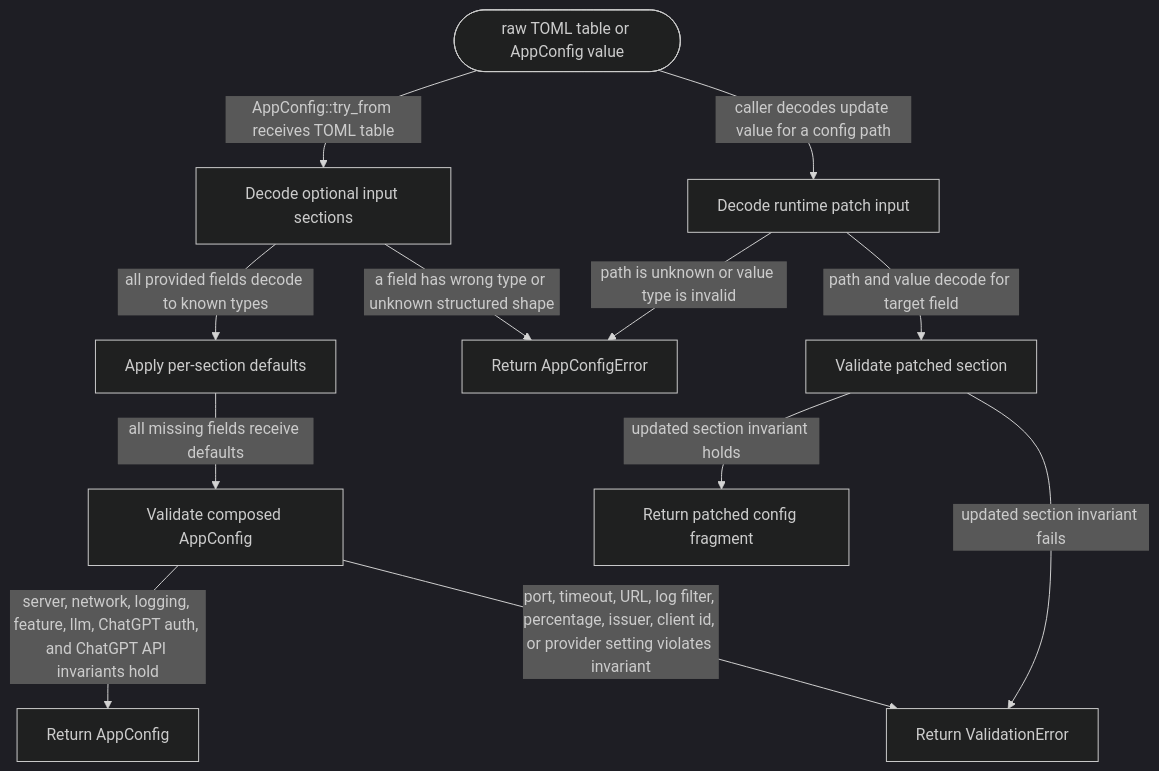
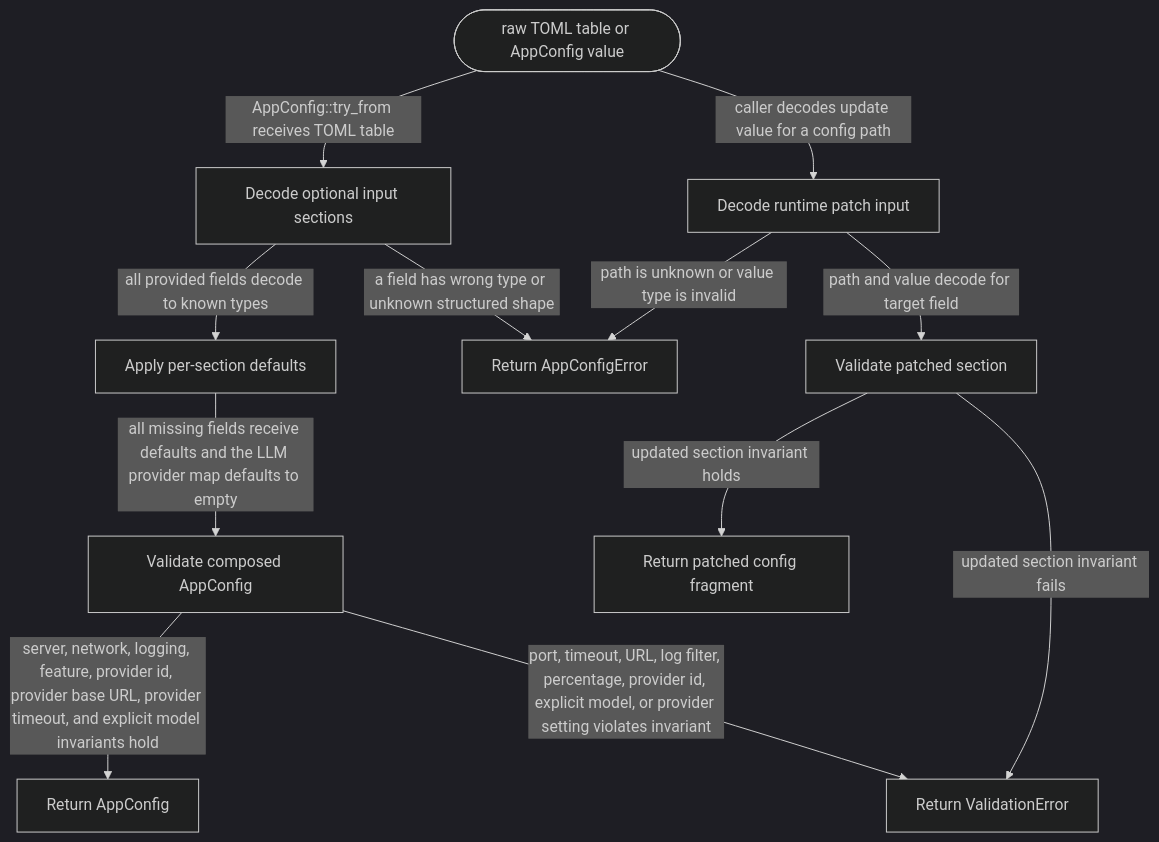
Before and after one commit to JiaJunDeng5930/Selvedge: the diagram in crates/config-model/README.md, drawn with Mermaid (dark theme). The commit also changed 40 other files, not shown here.

Commit message:
feat(model): add multi-provider model configuration

````diff
--- a/crates/config-model/README.md
+++ b/crates/config-model/README.md
@@ -135,25 +135,25 @@
 ```mermaid
 flowchart TD
   Start([raw TOML table or AppConfig value])
   Decode[Decode optional input sections]
   Defaults[Apply per-section defaults]
   Validate[Validate composed AppConfig]
   Ready[Return AppConfig]
   DecodeError[Return AppConfigError]
   ValidationError[Return ValidationError]
   PatchInput[Decode runtime patch input]
   PatchValidate[Validate patched section]
   PatchReady[Return patched config fragment]
 
   Start -->|AppConfig::try_from receives TOML table| Decode
   Decode -->|all provided fields decode to known types| Defaults
   Decode -->|a field has wrong type or unknown structured shape| DecodeError
-  Defaults -->|all missing fields receive defaults| Validate
-  Validate -->|server, network, logging, feature, llm, ChatGPT auth, and ChatGPT API invariants hold| Ready
-  Validate -->|port, timeout, URL, log filter, percentage, issuer, client id, or provider setting violates invariant| ValidationError
+  Defaults -->|all missing fields receive defaults and the LLM provider map defaults to empty| Validate
+  Validate -->|server, network, logging, feature, provider id, provider base URL, provider timeout, and explicit model invariants hold| Ready
+  Validate -->|port, timeout, URL, log filter, percentage, provider id, explicit model, or provider setting violates invariant| ValidationError
   Start -->|caller decodes update value for a config path| PatchInput
   PatchInput -->|path and value decode for target field| PatchValidate
   PatchInput -->|path is unknown or value type is invalid| DecodeError
   PatchValidate -->|updated section invariant holds| PatchReady
   PatchValidate -->|updated section invariant fails| ValidationError
 ```
````
